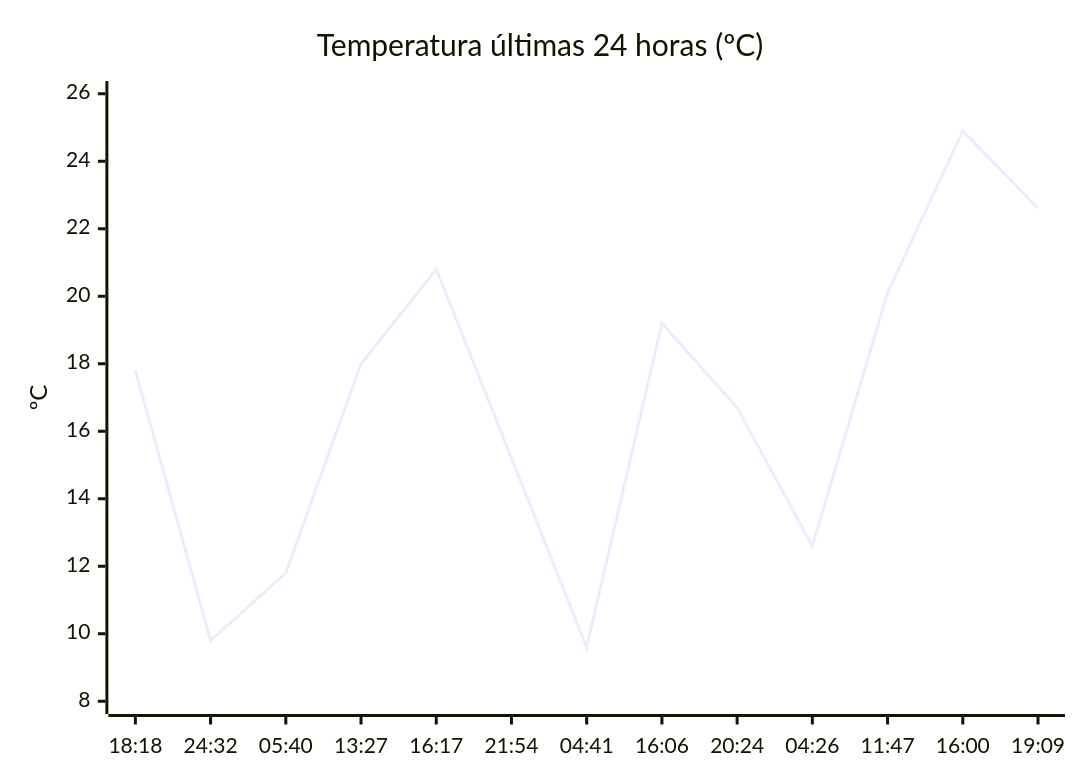
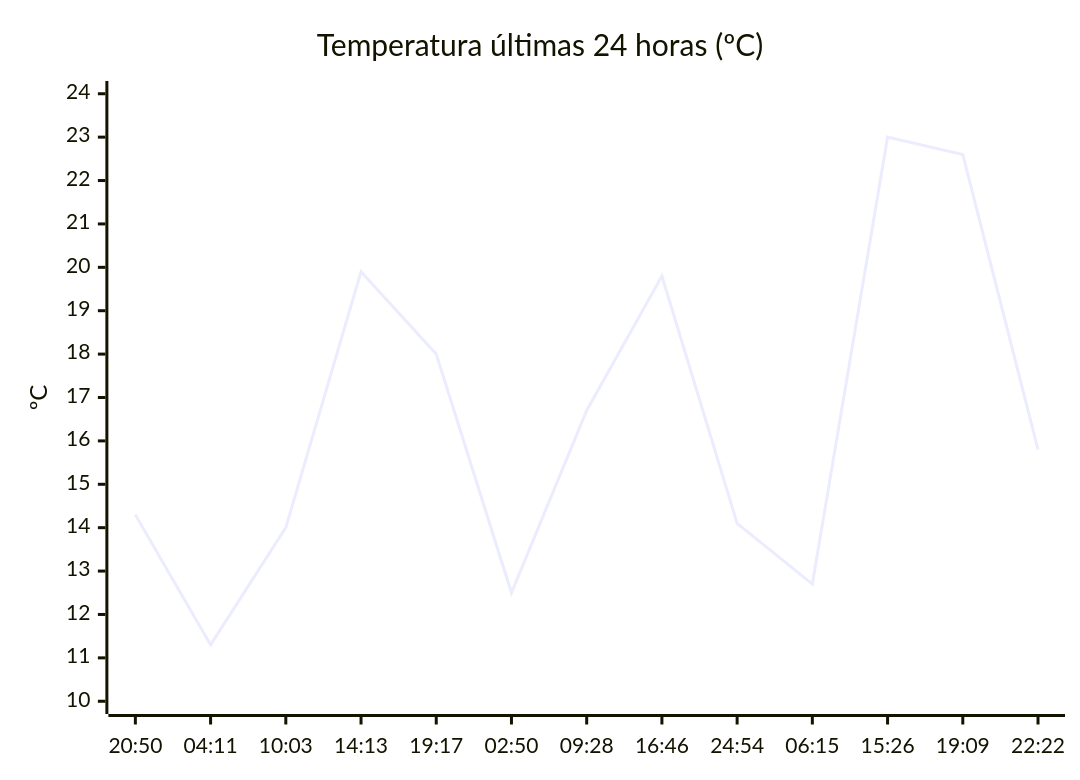
The diagram in README.md (solidsnk86/rem-scrap), drawn with Mermaid before and after one commit. The commit also changed other lines of this file, not shown here.

````diff
--- a/README.md
+++ b/README.md
@@ -32,7 +28,7 @@
 ```mermaid
 xychart-beta
     title "Temperatura últimas 24 horas (ºC)"
-    x-axis ["18:18", "24:32", "05:40", "13:27", "16:17", "21:54", "04:41", "16:06", "20:24", "04:26", "11:47", "16:00", "19:09"]
-    y-axis "ºC" 8 --> 26
-    line [17.8, 9.8, 11.8, 18, 20.8, 15.2, 9.6, 19.2, 16.7, 12.6, 20.1, 24.9, 22.6]
+    x-axis ["20:50", "04:11", "10:03", "14:13", "19:17", "02:50", "09:28", "16:46", "24:54", "06:15", "15:26", "19:09", "22:22"]
+    y-axis "ºC" 10 --> 24
+    line [14.3, 11.3, 14, 19.9, 18, 12.5, 16.7, 19.8, 14.1, 12.7, 23, 22.6, 15.8]
 ```
````
